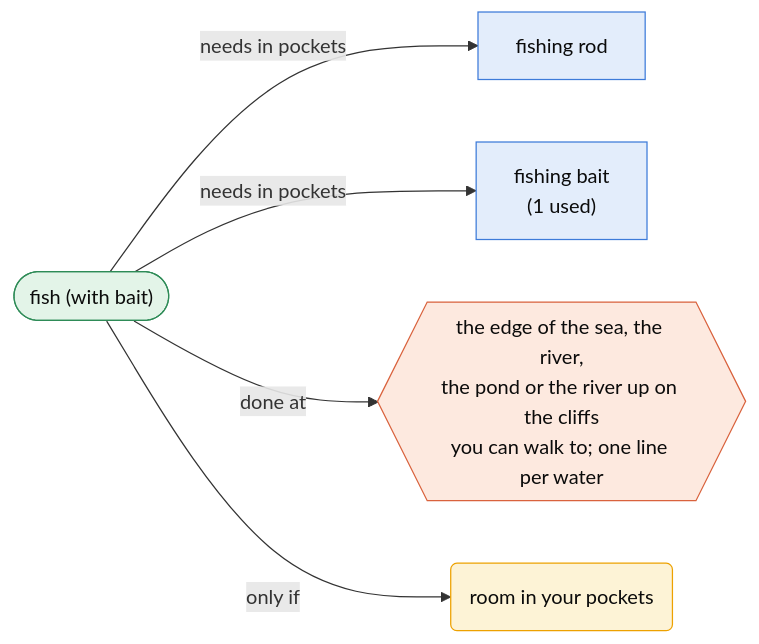
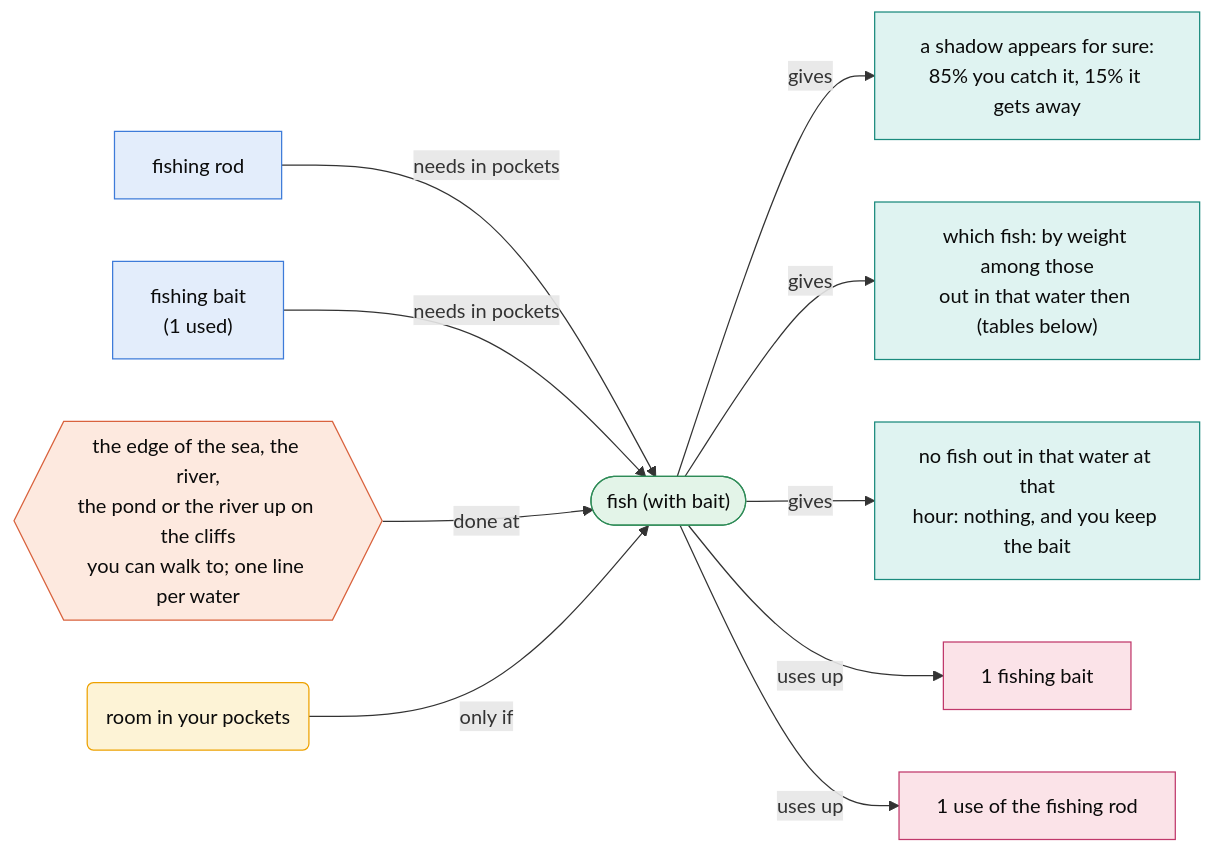
One commit to harjonillo/multiagent-island changed the sixth of 41 diagrams in docs/actions.md. Above: the diagram before and after it, drawn with Mermaid. The commit also changed other lines of this file and 9 other files, not shown here.

````diff
--- a/docs/actions.md
+++ b/docs/actions.md
@@ -155,16 +262,26 @@
 ```mermaid
 flowchart LR
     classDef act fill:#e3f4e8,stroke:#2e8b57,color:#0b0b0b
     classDef item fill:#e3edfb,stroke:#3d7bd9,color:#0b0b0b
     classDef place fill:#fde9df,stroke:#d9623d,color:#0b0b0b
     classDef cond fill:#fdf3d6,stroke:#eda100,color:#0b0b0b
+    classDef gain fill:#dff3f1,stroke:#1a8a7d,color:#0b0b0b
+    classDef spend fill:#fbe3e8,stroke:#c0396b,color:#0b0b0b
+    classDef change fill:#eef0f2,stroke:#6b7280,color:#0b0b0b
     A(["fish (with bait)"])
-    A -- "needs in pockets" --> I0["fishing rod"]
-    A -- "needs in pockets" --> I1["fishing bait<br/>(1 used)"]
-    A -- "done at" --> P0{{"the edge of the sea, the river,<br/>the pond or the river up on the cliffs<br/>you can walk to; one line per water"}}
-    A -- "only if" --> C0("room in your pockets")
+    It0["fishing rod"] -- "needs in pockets" --> A
+    It1["fishing bait<br/>(1 used)"] -- "needs in pockets" --> A
+    Pl0{{"the edge of the sea, the river,<br/>the pond or the river up on the cliffs<br/>you can walk to; one line per water"}} -- "done at" --> A
+    Co0("room in your pockets") -- "only if" --> A
+    A -- "gives" --> Ga0["a shadow appears for sure:<br/>85% you catch it, 15% it gets away"]
+    A -- "gives" --> Ga1["which fish: by weight among those<br/>out in that water then (tables below)"]
+    A -- "gives" --> Ga2["no fish out in that water at that<br/>hour: nothing, and you keep the bait"]
+    A -- "uses up" --> Sp0["1 fishing bait"]
+    A -- "uses up" --> Sp1["1 use of the fishing rod"]
     class A act
-    class I0,I1 item
-    class P0 place
-    class C0 cond
+    class It0,It1 item
+    class Pl0 place
+    class Co0 cond
+    class Ga0,Ga1,Ga2 gain
+    class Sp0,Sp1 spend
 ```
````
